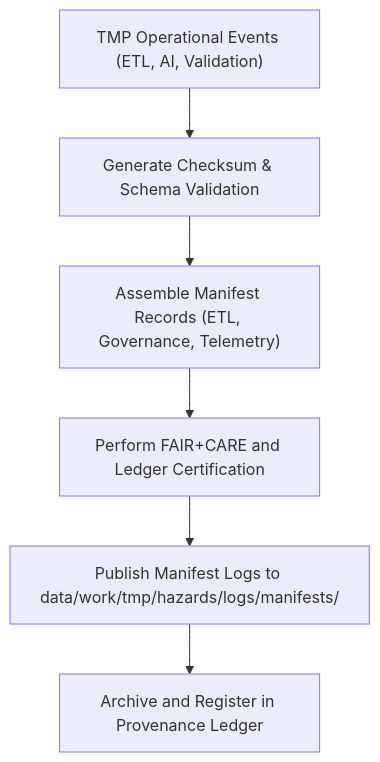
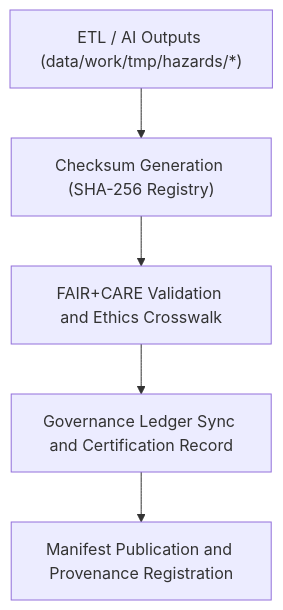
One commit to bartytime4life/Kansas-Frontier-Matrix changed the diagram in data/work/tmp/hazards/logs/manifests/README.md. Above: the diagram before and after it, drawn with Mermaid. The commit also changed other lines of this file, not shown here.

````diff
--- a/data/work/tmp/hazards/logs/manifests/README.md
+++ b/data/work/tmp/hazards/logs/manifests/README.md
@@ -68,8 +64,7 @@
 ```mermaid
 flowchart TD
-    A["TMP Operational Events (ETL, AI, Validation)"] --> B["Generate Checksum & Schema Validation"]
-    B --> C["Assemble Manifest Records (ETL, Governance, Telemetry)"]
-    C --> D["Perform FAIR+CARE and Ledger Certification"]
-    D --> E["Publish Manifest Logs to data/work/tmp/hazards/logs/manifests/"]
-    E --> F["Archive and Register in Provenance Ledger"]
+    A["ETL / AI Outputs (data/work/tmp/hazards/*)"] --> B["Checksum Generation (SHA-256 Registry)"]
+    B --> C["FAIR+CARE Validation and Ethics Crosswalk"]
+    C --> D["Governance Ledger Sync and Certification Record"]
+    D --> E["Manifest Publication and Provenance Registration"]
 ```
````
